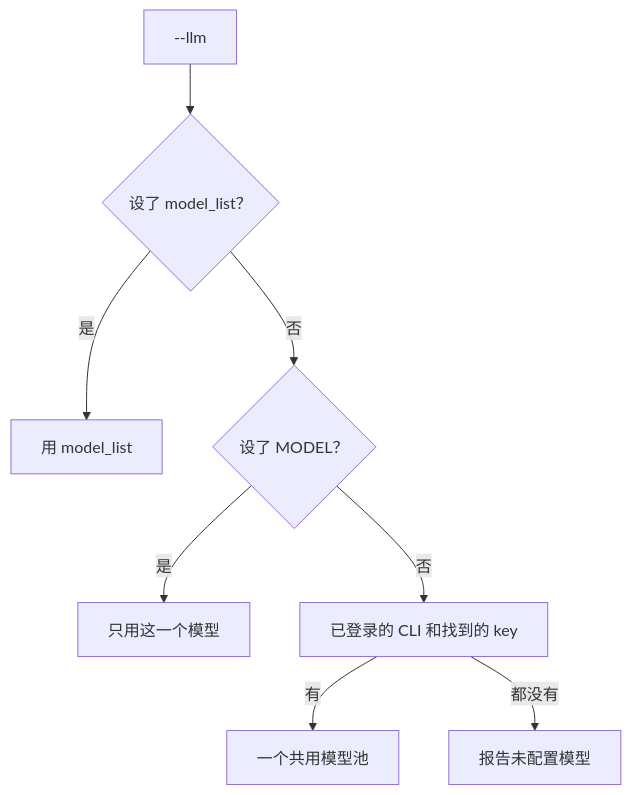
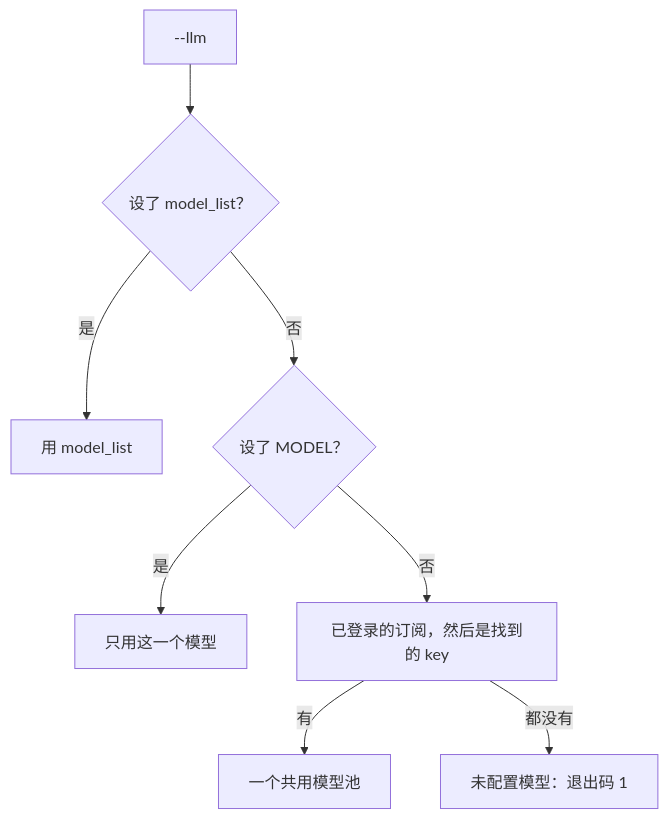
One commit to Ynewtime/markitai changed the second of 4 diagrams in website/zh/guide/configuration.md. Above: the diagram before and after it, drawn with Mermaid. The commit also changed other lines of this file and 38 other files, not shown here.

````diff
--- a/website/zh/guide/configuration.md
+++ b/website/zh/guide/configuration.md
@@ -304,10 +296,10 @@
 ```mermaid
 flowchart TD
   A["--llm"] --> B{"设了 model_list？"}
   B -->|是| L[用 model_list]
   B -->|否| C{"设了 MODEL？"}
   C -->|是| M[只用这一个模型]
-  C -->|否| D["已登录的 CLI 和找到的 key"]
+  C -->|否| D["已登录的订阅，然后是找到的 key"]
   D -->|有| P["一个共用模型池"]
-  D -->|都没有| E["报告未配置模型"]
+  D -->|都没有| E["未配置模型：退出码 1"]
 ```
````
